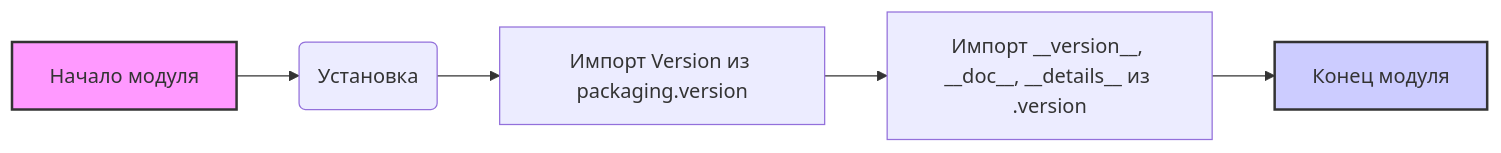
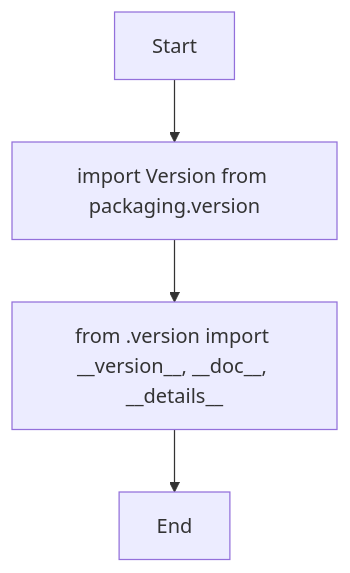
The second of 2 diagrams in docs/gemini/ru/explainer/src/endpoints/prestashop/_examples/__init__.py.md (hypo69/hypo), drawn with Mermaid before and after one commit. The commit also changed other lines of this file and 98 other files, not shown here.

````diff
--- a/docs/gemini/ru/explainer/src/endpoints/prestashop/_examples/__init__.py.md
+++ b/docs/gemini/ru/explainer/src/endpoints/prestashop/_examples/__init__.py.md
@@ -28,10 +17,6 @@
 ```mermaid
-graph LR
-    A[Начало модуля] --> B(Установка );
-    B --> C[Импорт Version из packaging.version];
-    C --> D[Импорт __version__, __doc__, __details__ из .version];
-    D --> E[Конец модуля];
-    
-    style A fill:#f9f,stroke:#333,stroke-width:2px
-    style E fill:#ccf,stroke:#333,stroke-width:2px
+flowchart TD
+    Start --> ImportPackagingVersion[import Version from packaging.version]
+    ImportPackagingVersion --> ImportVersionDetails[from .version import __version__, __doc__, __details__]
+    ImportVersionDetails --> End
 ```
````
